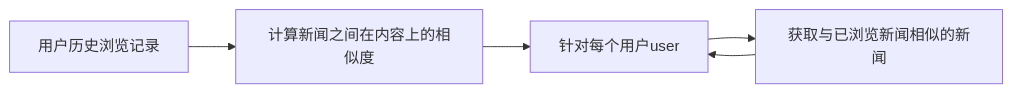
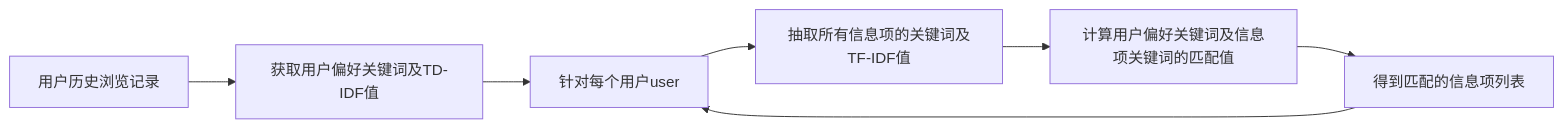
The second of 2 diagrams in README.md (Sugarsugarzz/items-recommend-system), drawn with Mermaid before and after one commit. The commit also changed other lines of this file and 2 other files, not shown here.

````diff
--- a/README.md
+++ b/README.md
@@ -214,7 +110,9 @@
    ```mermaid
    graph LR
-   A[用户历史浏览记录] --> B[计算新闻之间在内容上的相似度]
+   A[用户历史浏览记录] --> B[获取用户偏好关键词及TD-IDF值]
    B --> C[针对每个用户user]
-   C --> D[获取与已浏览新闻相似的新闻]
-   D --> C
+   C --> D[抽取所有信息项的关键词及TF-IDF值]
+   D --> F[计算用户偏好关键词及信息项关键词的匹配值]
+   F --> E[得到匹配的信息项列表]
+   E --> C
    ```
````
